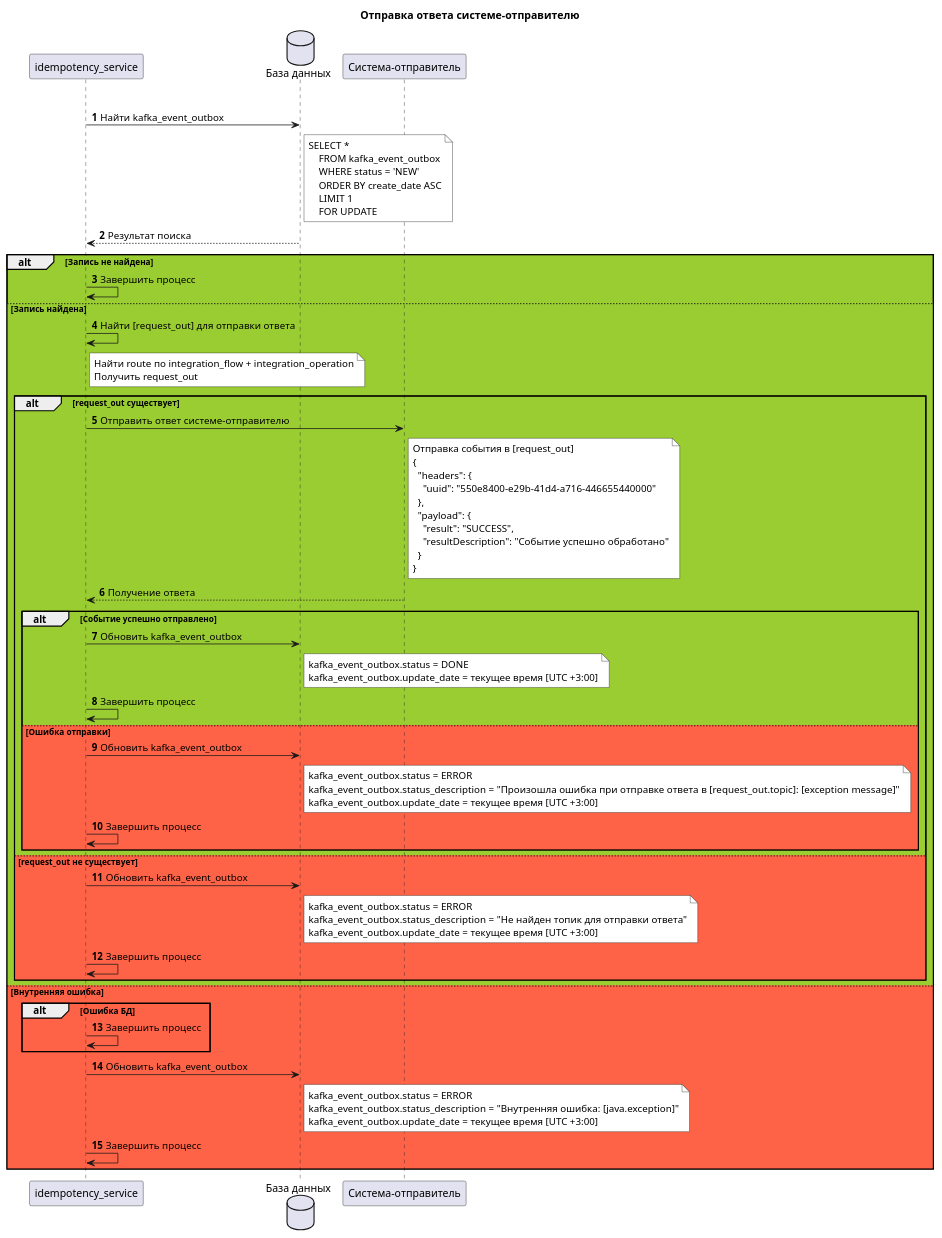
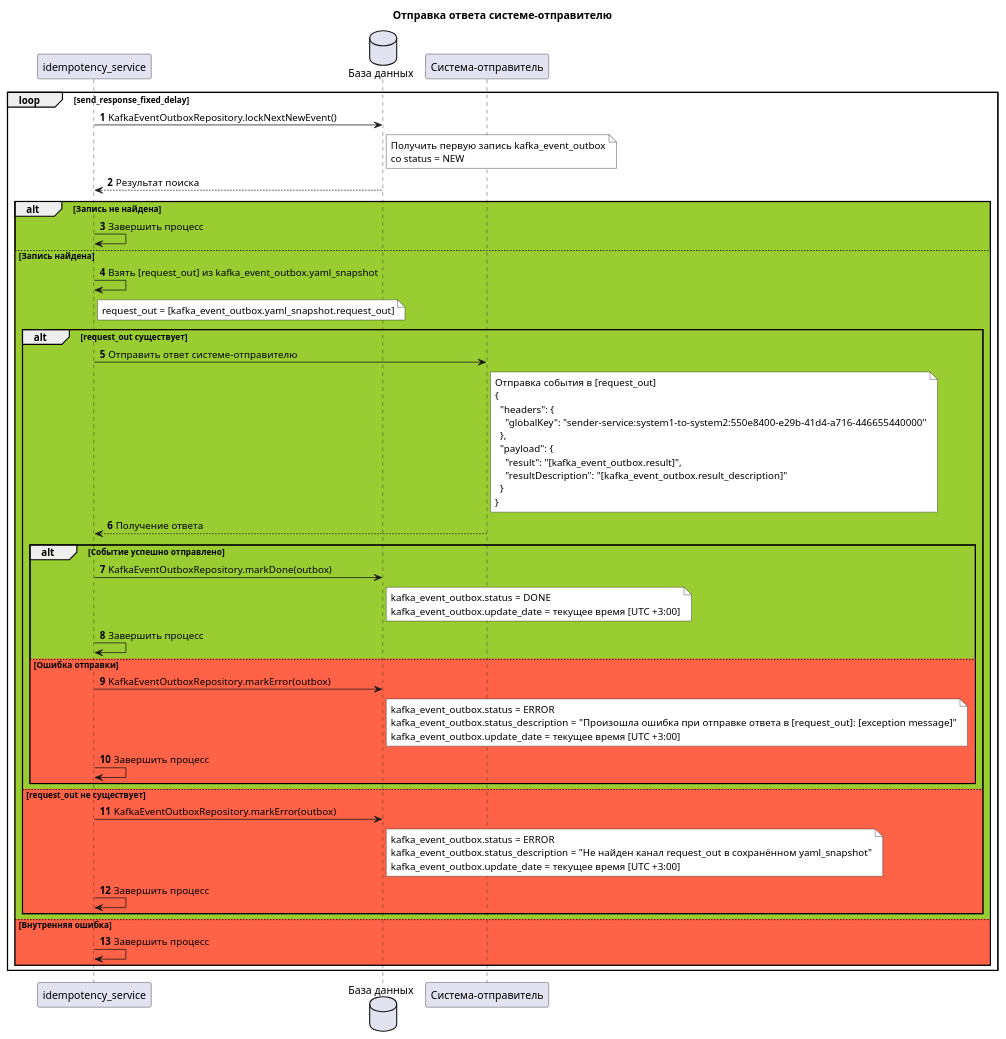
One commit to idempotence-service/core changed the diagram in architecture/2.puml. Above: the diagram before and after it, drawn with PlantUML. The commit also changed 8 other files, not shown here.

```diff
--- a/architecture/2.puml
+++ b/architecture/2.puml
@@ -1,85 +1,72 @@
 @startuml
 title Отправка ответа системе-отправителю
 
 autonumber
 
 participant "idempotency_service" as IdemService
 database "База данных" as DB
 participant "Система-отправитель" as Sender
 
 loop send_response_fixed_delay
 
-    IdemService -> DB : Найти kafka_event_outbox
+    IdemService -> DB : KafkaEventOutboxRepository.lockNextNewEvent()
     note right of DB #FFFFFF
-        SELECT *
-            FROM kafka_event_outbox
-            WHERE status = 'NEW'
-            ORDER BY create_date ASC
-            LIMIT 1
-            FOR UPDATE
+        Получить первую запись kafka_event_outbox
+        со status = NEW
     end note
     DB --> IdemService : Результат поиска
 
     alt #yellowgreen Запись не найдена
         IdemService -> IdemService : Завершить процесс
     else #yellowgreen Запись найдена
-        IdemService -> IdemService: Найти [request_out] для отправки ответа
+        IdemService -> IdemService: Взять [request_out] из kafka_event_outbox.yaml_snapshot
         note right of IdemService #FFFFFF
-            Найти route по integration_flow + integration_operation
-            Получить request_out
+            request_out = [kafka_event_outbox.yaml_snapshot.request_out]
         end note
 
         alt request_out существует
             IdemService -> Sender : Отправить ответ системе-отправителю
             note right of Sender #FFFFFF
                         Отправка события в [request_out]
                         {
                           "headers": {
-                            "uuid": "550e8400-e29b-41d4-a716-446655440000"
+                            "globalKey": "sender-service:system1-to-system2:550e8400-e29b-41d4-a716-446655440000"
                           },
                           "payload": {
-                            "result": "SUCCESS",
-                            "resultDescription": "Событие успешно обработано"
+                            "result": "[kafka_event_outbox.result]",
+                            "resultDescription": "[kafka_event_outbox.result_description]"
                           }
                         }
             end note
             Sender --> IdemService: Получение ответа
 
             alt Событие успешно отправлено
-                IdemService -> DB : Обновить kafka_event_outbox
+                IdemService -> DB : KafkaEventOutboxRepository.markDone(outbox)
                 note right of DB #FFFFFF
                     kafka_event_outbox.status = DONE
                     kafka_event_outbox.update_date = текущее время [UTC +3:00]
                 end note
                 IdemService -> IdemService : Завершить процесс
             else #tomato Ошибка отправки
-                IdemService -> DB : Обновить kafka_event_outbox
+                IdemService -> DB : KafkaEventOutboxRepository.markError(outbox)
                 note right of DB #FFFFFF
                     kafka_event_outbox.status = ERROR
-                    kafka_event_outbox.status_description = "Произошла ошибка при отправке ответа в [request_out.topic]: [exception message]"
+                    kafka_event_outbox.status_description = "Произошла ошибка при отправке ответа в [request_out]: [exception message]"
                     kafka_event_outbox.update_date = текущее время [UTC +3:00]
                 end note
                 IdemService -> IdemService : Завершить процесс
             end
         else #tomato request_out не существует
-            IdemService -> DB : Обновить kafka_event_outbox
+            IdemService -> DB : KafkaEventOutboxRepository.markError(outbox)
             note right of DB #FFFFFF
                 kafka_event_outbox.status = ERROR
-                kafka_event_outbox.status_description = "Не найден топик для отправки ответа"
+                kafka_event_outbox.status_description = "Не найден канал request_out в сохранённом yaml_snapshot"
                 kafka_event_outbox.update_date = текущее время [UTC +3:00]
             end note
             IdemService -> IdemService : Завершить процесс
-    end
-else #tomato Внутренняя ошибка
-    alt Ошибка БД
+        end
+    else #tomato Внутренняя ошибка
         IdemService -> IdemService : Завершить процесс
     end
-    IdemService -> DB : Обновить kafka_event_outbox
-    note right of DB #FFFFFF
-        kafka_event_outbox.status = ERROR
-        kafka_event_outbox.status_description = "Внутренняя ошибка: [java.exception]"
-        kafka_event_outbox.update_date = текущее время [UTC +3:00]
-    end note
-    IdemService -> IdemService : Завершить процесс
 end
 @enduml
```
